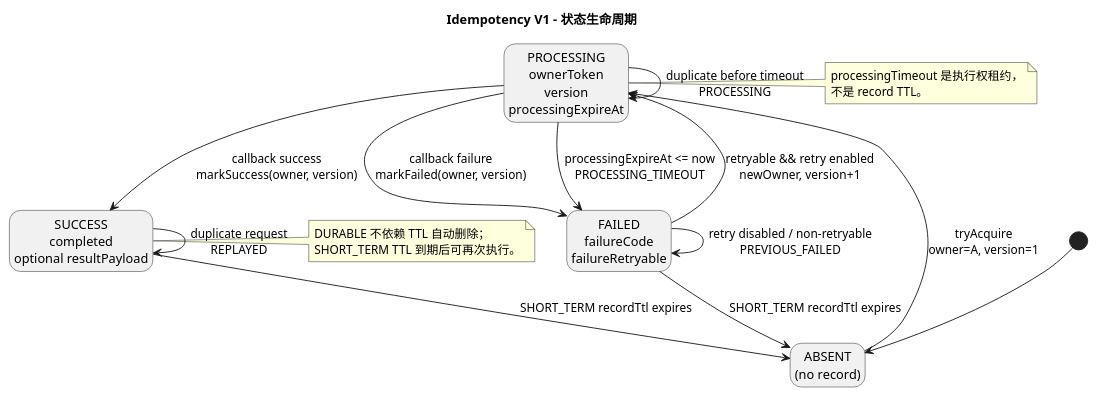
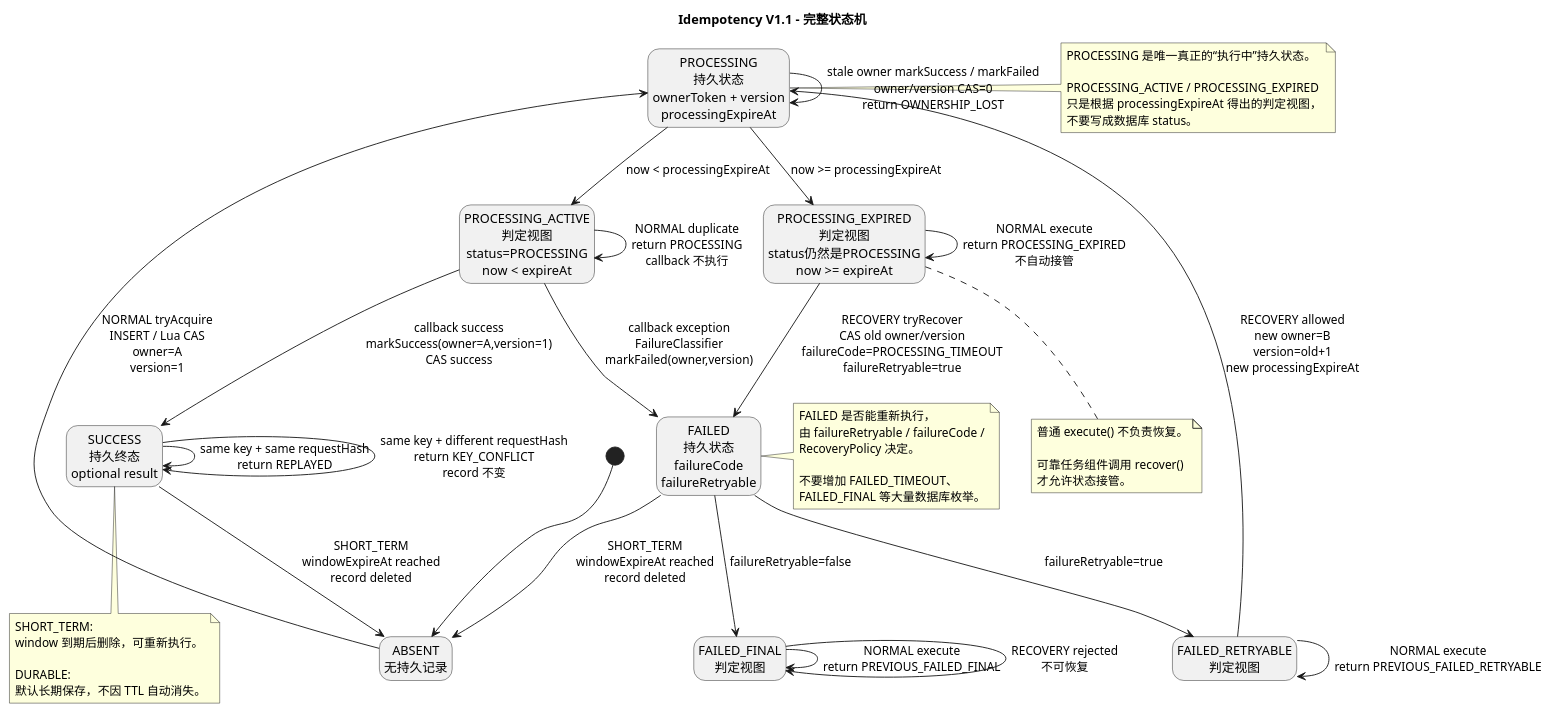
Before and after one commit to pbxjtumse/cola-web-standard: the diagram in component/idempotent-component/docs/diagrams/state/L1-idempotency-lifecycle.puml, drawn with PlantUML. The commit also changed 2 other files, not shown here.

Commit message:
技术组件-幂等组件-状态图更新

```diff
--- a/component/idempotent-component/docs/diagrams/state/L1-idempotency-lifecycle.puml
+++ b/component/idempotent-component/docs/diagrams/state/L1-idempotency-lifecycle.puml
@@ -1,32 +1,139 @@
 @startuml
+title Idempotency V1.1 - 完整状态机
+
 hide empty description
 skinparam shadowing false
-title Idempotency V1 - 状态生命周期
 
-state "ABSENT\n(no record)" as ABSENT
-state "PROCESSING\nownerToken\nversion\nprocessingExpireAt" as PROCESSING
-state "SUCCESS\ncompleted\noptional resultPayload" as SUCCESS
-state "FAILED\nfailureCode\nfailureRetryable" as FAILED
+state "ABSENT\n无持久记录" as ABSENT
+
+state "PROCESSING\n持久状态\nownerToken + version\nprocessingExpireAt" as PROCESSING
+
+state "PROCESSING_ACTIVE\n判定视图\nstatus=PROCESSING\nnow < expireAt" as PROCESSING_ACTIVE
+
+state "PROCESSING_EXPIRED\n判定视图\nstatus仍然是PROCESSING\nnow >= expireAt" as PROCESSING_EXPIRED
+
+state "SUCCESS\n持久终态\noptional result" as SUCCESS
+
+state "FAILED\n持久状态\nfailureCode\nfailureRetryable" as FAILED
+
+state "FAILED_RETRYABLE\n判定视图" as FAILED_RETRYABLE
+
+state "FAILED_FINAL\n判定视图" as FAILED_FINAL
 
 [*] --> ABSENT
-ABSENT --> PROCESSING : tryAcquire\nowner=A, version=1
-PROCESSING --> SUCCESS : callback success\nmarkSuccess(owner, version)
-PROCESSING --> FAILED : callback failure\nmarkFailed(owner, version)
-PROCESSING --> FAILED : processingExpireAt <= now\nPROCESSING_TIMEOUT
-FAILED --> PROCESSING : retryable && retry enabled\nnewOwner, version+1
-SUCCESS --> SUCCESS : duplicate request\nREPLAYED
-PROCESSING --> PROCESSING : duplicate before timeout\nPROCESSING
-FAILED --> FAILED : retry disabled / non-retryable\nPREVIOUS_FAILED
-SUCCESS --> ABSENT : SHORT_TERM recordTtl expires
-FAILED --> ABSENT : SHORT_TERM recordTtl expires
+
+
+' ==============================
+' 首次抢占
+' ==============================
+
+ABSENT --> PROCESSING : NORMAL tryAcquire\nINSERT / Lua CAS\nowner=A\nversion=1
+
+PROCESSING --> PROCESSING_ACTIVE : now < processingExpireAt
+PROCESSING --> PROCESSING_EXPIRED : now >= processingExpireAt
+
+
+' ==============================
+' 正常执行成功
+' ==============================
+
+PROCESSING_ACTIVE --> SUCCESS : callback success\nmarkSuccess(owner=A,version=1)\nCAS success
+
+
+' ==============================
+' 正常执行失败
+' ==============================
+
+PROCESSING_ACTIVE --> FAILED : callback exception\nFailureClassifier\nmarkFailed(owner,version)
+
+
+' ==============================
+' 重复请求
+' ==============================
+
+PROCESSING_ACTIVE --> PROCESSING_ACTIVE : NORMAL duplicate\nreturn PROCESSING\ncallback 不执行
+
+SUCCESS --> SUCCESS : same key + same requestHash\nreturn REPLAYED
+
+SUCCESS --> SUCCESS : same key + different requestHash\nreturn KEY_CONFLICT\nrecord 不变
+
+
+' ==============================
+' PROCESSING 超时
+' ==============================
+
+PROCESSING_EXPIRED --> PROCESSING_EXPIRED : NORMAL execute\nreturn PROCESSING_EXPIRED\n不自动接管
+
+PROCESSING_EXPIRED --> FAILED : RECOVERY tryRecover\nCAS old owner/version\nfailureCode=PROCESSING_TIMEOUT\nfailureRetryable=true
+
+
+' ==============================
+' FAILED 分类
+' ==============================
+
+FAILED --> FAILED_RETRYABLE : failureRetryable=true
+FAILED --> FAILED_FINAL : failureRetryable=false
+
+FAILED_RETRYABLE --> FAILED_RETRYABLE : NORMAL execute\nreturn PREVIOUS_FAILED_RETRYABLE
+
+FAILED_FINAL --> FAILED_FINAL : NORMAL execute\nreturn PREVIOUS_FAILED_FINAL
+
+
+' ==============================
+' 可靠任务恢复
+' ==============================
+
+FAILED_RETRYABLE --> PROCESSING : RECOVERY allowed\nnew owner=B\nversion=old+1\nnew processingExpireAt
+
+FAILED_FINAL --> FAILED_FINAL : RECOVERY rejected\n不可恢复
+
+
+' ==============================
+' 旧执行者恢复
+' ==============================
+
+PROCESSING --> PROCESSING : stale owner markSuccess / markFailed\nowner/version CAS=0\nreturn OWNERSHIP_LOST
+
+
+' ==============================
+' SHORT_TERM Window
+' ==============================
+
+SUCCESS --> ABSENT : SHORT_TERM\nwindowExpireAt reached\nrecord deleted
+
+FAILED --> ABSENT : SHORT_TERM\nwindowExpireAt reached\nrecord deleted
+
 
 note right of PROCESSING
-processingTimeout 是执行权租约，
-不是 record TTL。
+PROCESSING 是唯一真正的“执行中”持久状态。
+
+PROCESSING_ACTIVE / PROCESSING_EXPIRED
+只是根据 processingExpireAt 得出的判定视图，
+不要写成数据库 status。
 end note
 
-note right of SUCCESS
-DURABLE 不依赖 TTL 自动删除；
-SHORT_TERM TTL 到期后可再次执行。
+note right of FAILED
+FAILED 是否能重新执行，
+由 failureRetryable / failureCode /
+RecoveryPolicy 决定。
+
+不要增加 FAILED_TIMEOUT、
+FAILED_FINAL 等大量数据库枚举。
 end note
+
+note bottom of PROCESSING_EXPIRED
+普通 execute() 不负责恢复。
+
+可靠任务组件调用 recover()
+才允许状态接管。
+end note
+
+note bottom of SUCCESS
+SHORT_TERM:
+window 到期后删除，可重新执行。
+
+DURABLE:
+默认长期保存，不因 TTL 自动消失。
+end note
+
 @enduml
```
